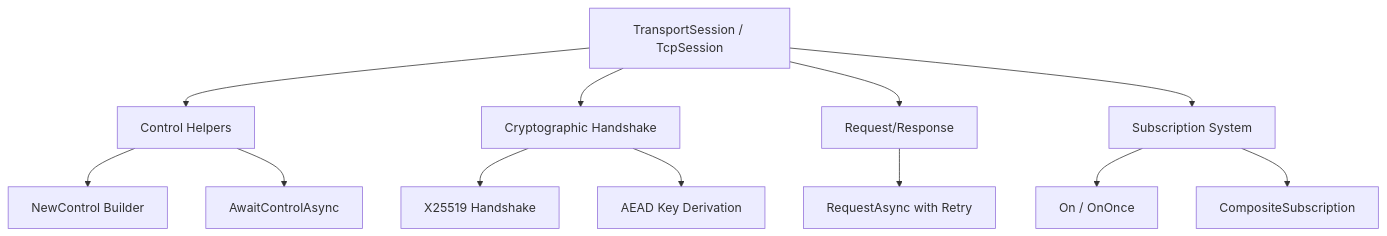
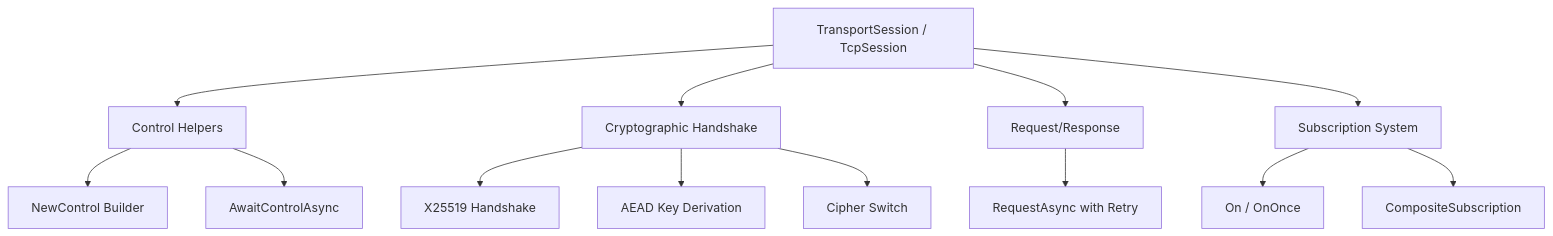
Before and after one commit to ppn-systems/Nalix: the diagram in docs/api/sdk/tcp-session-extensions.md, drawn with Mermaid. The commit also changed other lines of this file and 5 other files, not shown here.

````diff
--- a/docs/api/sdk/tcp-session-extensions.md
+++ b/docs/api/sdk/tcp-session-extensions.md
@@ -7,18 +7,19 @@
 ```mermaid
 graph TD
     A[TransportSession / TcpSession] --> B[Control Helpers]
     A --> C[Cryptographic Handshake]
     A --> D[Request/Response]
     A --> E[Subscription System]
     
     B --> B1[NewControl Builder]
     B --> B2[AwaitControlAsync]
     
     C --> C1[X25519 Handshake]
     C --> C2[AEAD Key Derivation]
+    C --> C3[Cipher Switch]
     
     D --> D1[RequestAsync with Retry]
     
     E --> E1[On / OnOnce]
     E --> E2[CompositeSubscription]
 ```
````
